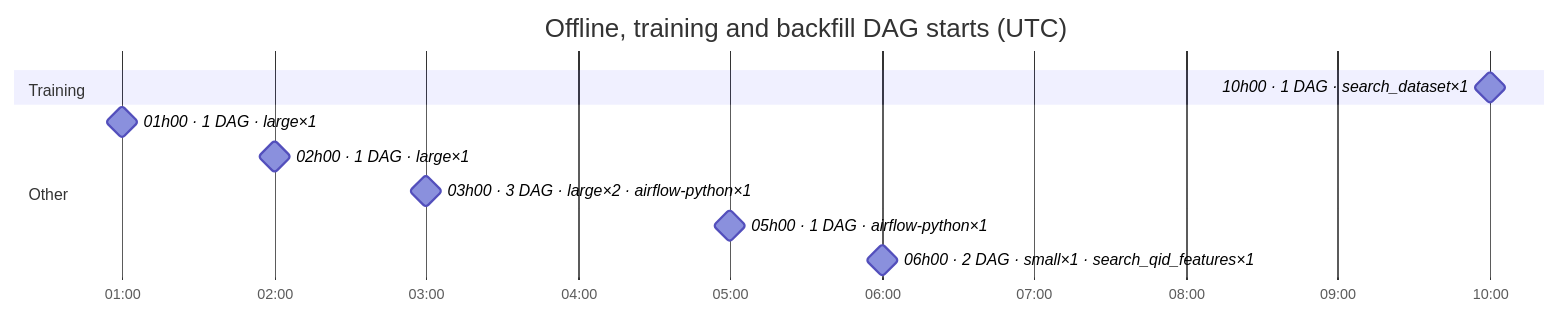
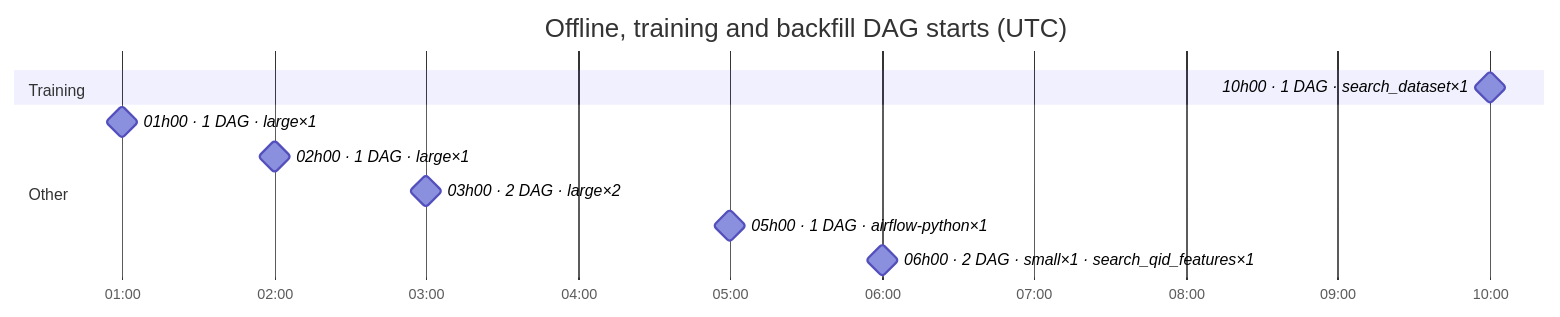
The sixth of 6 diagrams in docs/feature_platform_map.md (DayMarket/ml-feature-platform), drawn with Mermaid before and after one commit. The commit also changed other lines of this file and 3 other files, not shown here.

````diff
--- a/docs/feature_platform_map.md
+++ b/docs/feature_platform_map.md
@@ -194,16 +194,16 @@
 ```mermaid
 gantt
     title Offline, training and backfill DAG starts (UTC)
     dateFormat HH:mm
     axisFormat %H:%M
     tickInterval 1hour
     section Training
     10h00 · 1 DAG · search_dataset×1 :milestone, s0_0600, 10:00, 0m
     section Backfill
     section Other
     01h00 · 1 DAG · large×1 :milestone, s2_0060, 01:00, 0m
     02h00 · 1 DAG · large×1 :milestone, s2_0120, 02:00, 0m
-    03h00 · 3 DAG · large×2 · airflow-python×1 :milestone, s2_0180, 03:00, 0m
+    03h00 · 2 DAG · large×2 :milestone, s2_0180, 03:00, 0m
     05h00 · 1 DAG · airflow-python×1 :milestone, s2_0300, 05:00, 0m
     06h00 · 2 DAG · small×1 · search_qid_features×1 :milestone, s2_0360, 06:00, 0m
 ```
````
